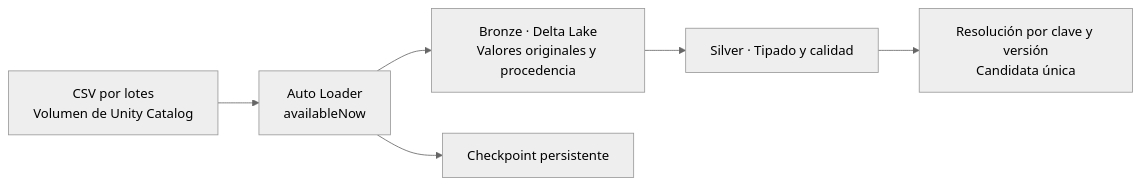
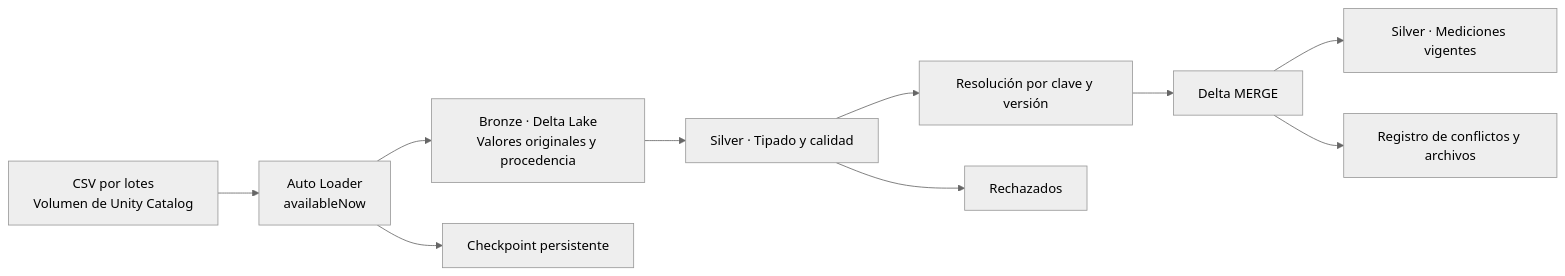
One commit to lorenleey/LensData changed the diagram in README.md. Above: the diagram before and after it, drawn with Mermaid (neutral theme). The commit also changed other lines of this file and 3 other files, not shown here.

````diff
--- a/README.md
+++ b/README.md
@@ -11,8 +11,12 @@
 ```mermaid
 flowchart LR
     CSV["CSV por lotes<br/>Volumen de Unity Catalog"] --> AL["Auto Loader<br/>availableNow"]
     AL --> B["Bronze · Delta Lake<br/>Valores originales y procedencia"]
     AL --> CP["Checkpoint persistente"]
     B --> S["Silver · Tipado y calidad"]
-    S --> R["Resolución por clave y versión<br/>Candidata única"]
+    S --> R["Resolución por clave y versión"]
+    R --> M["Delta MERGE"]
+    M --> V["Silver · Mediciones vigentes"]
+    M --> C["Registro de conflictos y archivos"]
+    S --> Q["Rechazados"]
 ```
````
